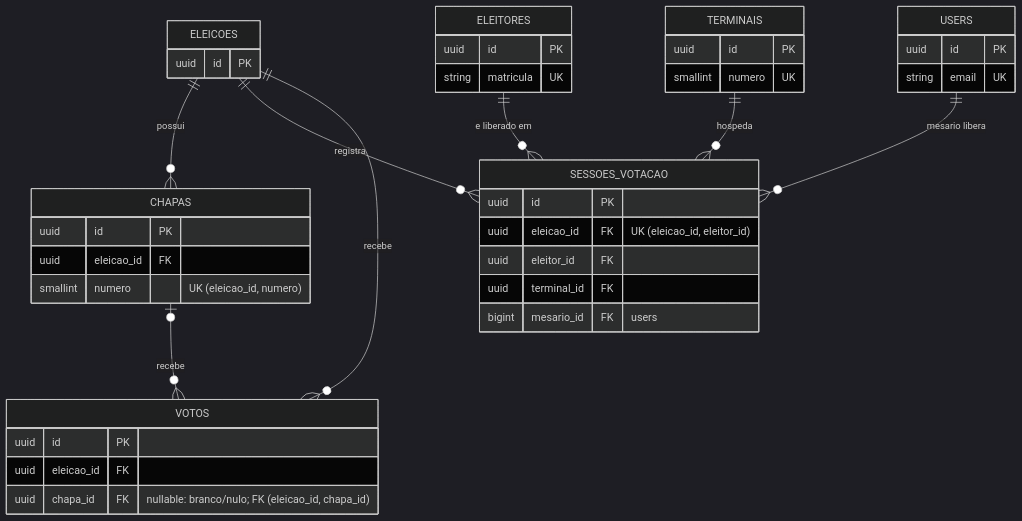
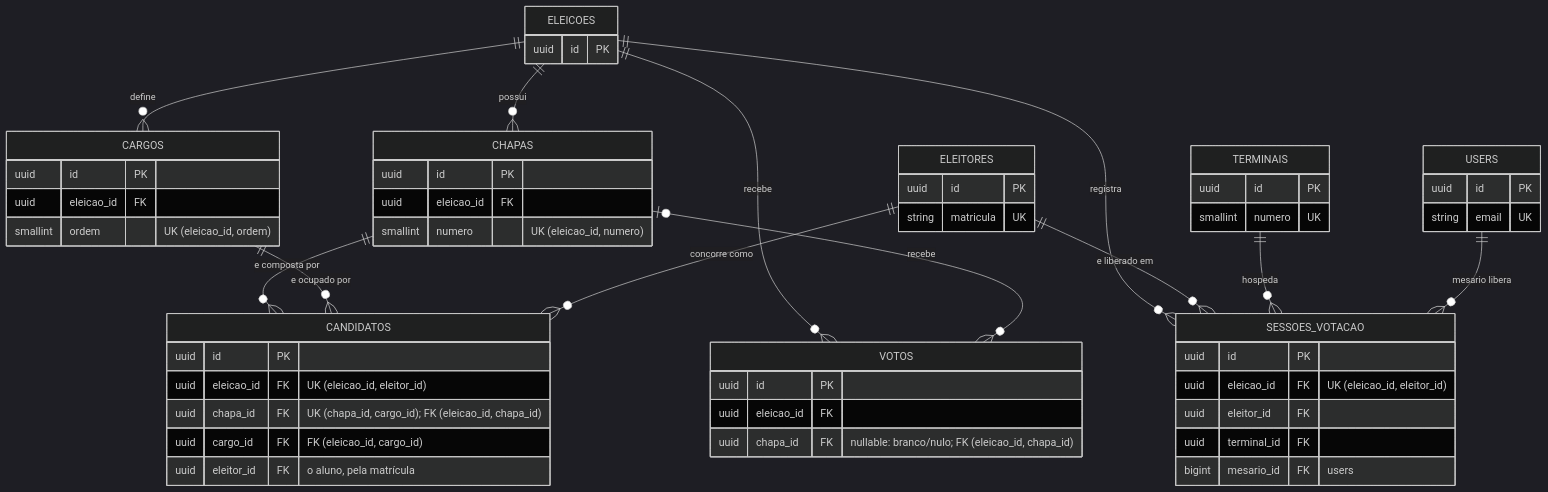
Before and after one commit to prof-ronildo-unicatolica/votacao-digitech: the diagram in docs/MODELO_DADOS.md, drawn with Mermaid (dark theme). The commit also changed other lines of this file and 6 other files, not shown here.

````diff
--- a/docs/MODELO_DADOS.md
+++ b/docs/MODELO_DADOS.md
@@ -9,43 +9,59 @@
 ```mermaid
 erDiagram
     USERS {
         uuid id PK
         string email UK
     }
     ELEICOES {
         uuid id PK
     }
     CHAPAS {
         uuid id PK
         uuid eleicao_id FK
         smallint numero "UK (eleicao_id, numero)"
+    }
+    CARGOS {
+        uuid id PK
+        uuid eleicao_id FK
+        smallint ordem "UK (eleicao_id, ordem)"
+    }
+    CANDIDATOS {
+        uuid id PK
+        uuid eleicao_id FK "UK (eleicao_id, eleitor_id)"
+        uuid chapa_id FK "UK (chapa_id, cargo_id); FK (eleicao_id, chapa_id)"
+        uuid cargo_id FK "FK (eleicao_id, cargo_id)"
+        uuid eleitor_id FK "o aluno, pela matrícula"
     }
     ELEITORES {
         uuid id PK
         string matricula UK
     }
     TERMINAIS {
         uuid id PK
         smallint numero UK
     }
     SESSOES_VOTACAO {
         uuid id PK
         uuid eleicao_id FK "UK (eleicao_id, eleitor_id)"
         uuid eleitor_id FK
         uuid terminal_id FK
         bigint mesario_id FK "users"
     }
     VOTOS {
         uuid id PK
         uuid eleicao_id FK
         uuid chapa_id FK "nullable: branco/nulo; FK (eleicao_id, chapa_id)"
     }
 
     ELEICOES ||--o{ CHAPAS : "possui"
+    ELEICOES ||--o{ CARGOS : "define"
+    CHAPAS   ||--o{ CANDIDATOS : "e composta por"
+    CARGOS   ||--o{ CANDIDATOS : "e ocupado por"
+    ELEITORES ||--o{ CANDIDATOS : "concorre como"
     ELEICOES ||--o{ SESSOES_VOTACAO : "registra"
     ELEICOES ||--o{ VOTOS : "recebe"
     CHAPAS   |o--o{ VOTOS : "recebe"
     ELEITORES ||--o{ SESSOES_VOTACAO : "e liberado em"
     TERMINAIS ||--o{ SESSOES_VOTACAO : "hospeda"
     USERS    ||--o{ SESSOES_VOTACAO : "mesario libera"
 ```
````
